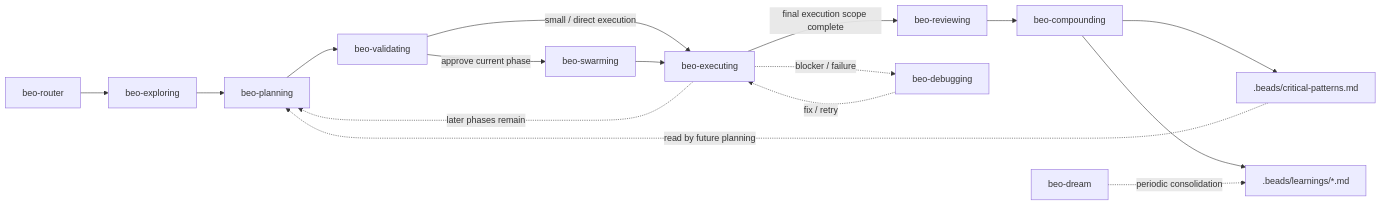
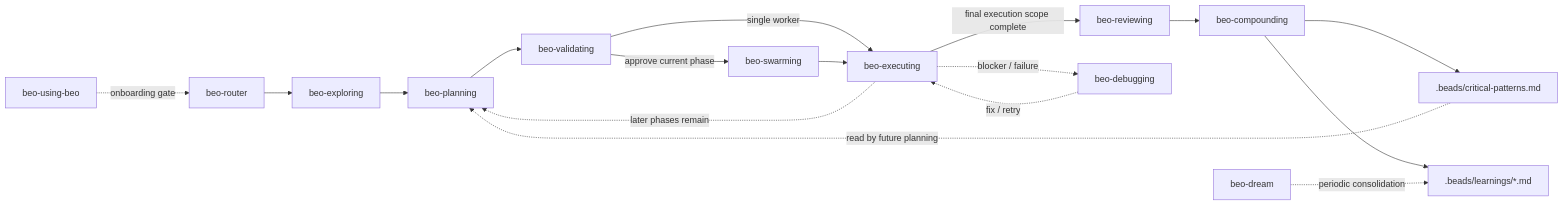
One commit to minhtri2710/skills changed the diagram in README.md. Above: the diagram before and after it, drawn with Mermaid. The commit also changed other lines of this file and 32 other files, not shown here.

First line of the commit message:
refactor(beo): migrate STATE.md to STATE.json and rename using-beo directory

````diff
--- a/README.md
+++ b/README.md
@@ -9,22 +9,23 @@
 ```mermaid
 flowchart LR
-    router[beo-router] --> exploring[beo-exploring]
+    bootstrap[beo-using-beo] -.->|onboarding gate| router[beo-router]
+    router --> exploring[beo-exploring]
     exploring --> planning[beo-planning]
     planning --> validating[beo-validating]
 
     validating -->|approve current phase| swarming[beo-swarming]
-    validating -->|small / direct execution| executing[beo-executing]
+    validating -->|single worker| executing[beo-executing]
     swarming --> executing
 
     executing -->|final execution scope complete| reviewing[beo-reviewing]
     executing -. later phases remain .-> planning
     reviewing --> compounding[beo-compounding]
 
     executing -. blocker / failure .-> debugging[beo-debugging]
     debugging -. fix / retry .-> executing
 
     compounding --> critical[.beads/critical-patterns.md]
     critical -. read by future planning .-> planning
     compounding --> learnings[.beads/learnings/*.md]
     dream[beo-dream] -. periodic consolidation .-> learnings
 ```
````
